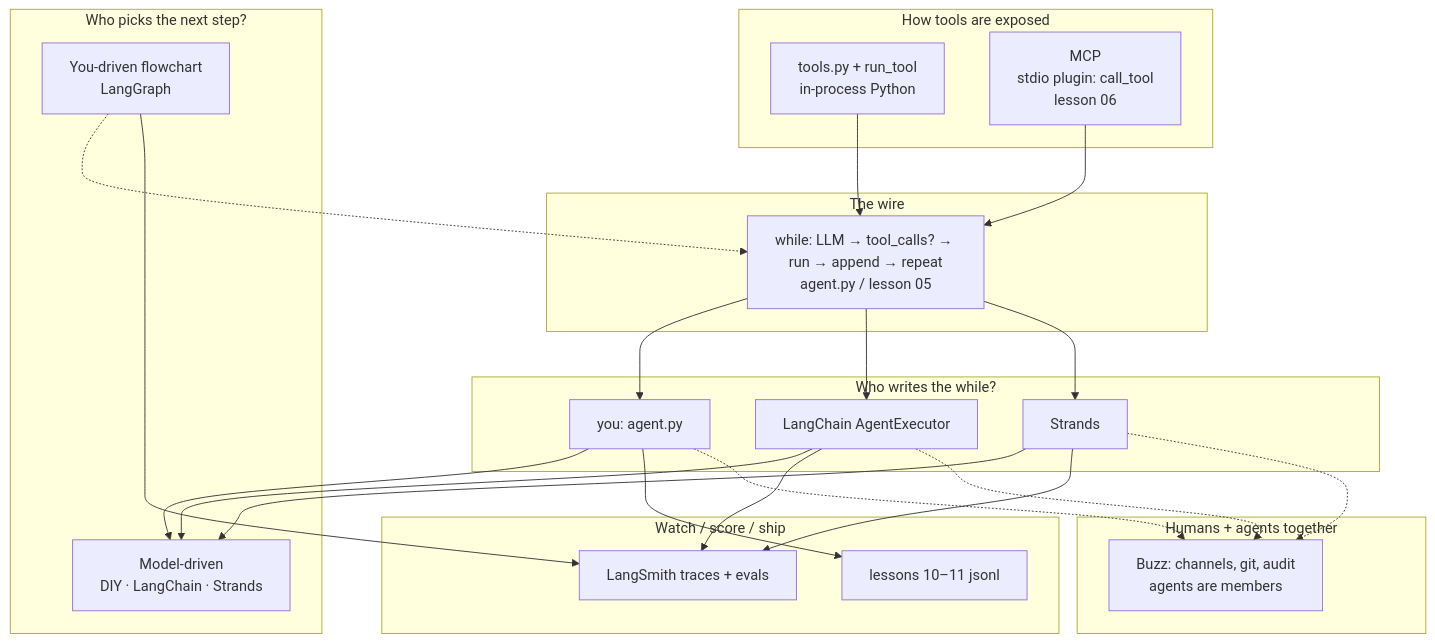
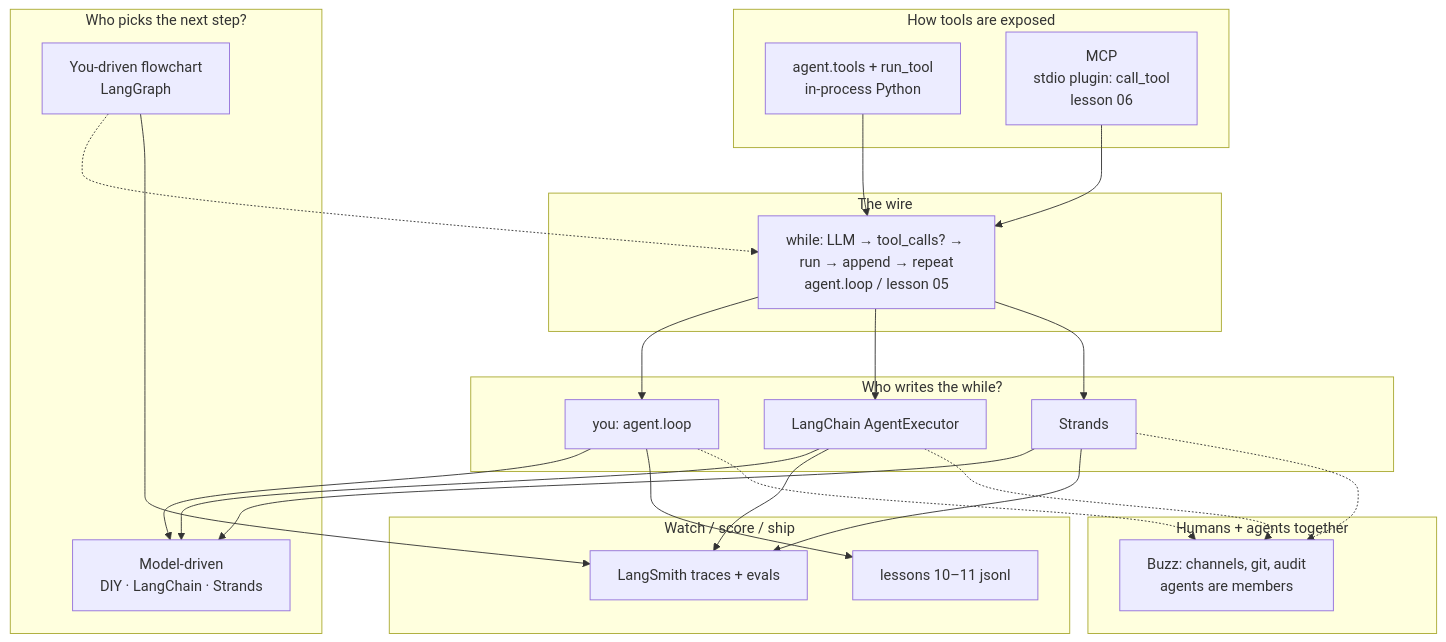
One commit to garvitkhurana/agent-unwrapped changed the diagram in lessons/NOTES.md. Above: the diagram before and after it, drawn with Mermaid. The commit also changed other lines of this file and 22 other files, not shown here.

````diff
--- a/lessons/NOTES.md
+++ b/lessons/NOTES.md
@@ -21,48 +21,48 @@
 ```mermaid
 flowchart TB
   subgraph tools_how["How tools are exposed"]
-    PY["tools.py + run_tool<br/>in-process Python"]
+    PY["agent.tools + run_tool<br/>in-process Python"]
     MCP["MCP<br/>stdio plugin: call_tool<br/>lesson 06"]
   end
 
   subgraph wire["The wire"]
-    LOOP["while: LLM → tool_calls? → run → append → repeat<br/>agent.py / lesson 05"]
+    LOOP["while: LLM → tool_calls? → run → append → repeat<br/>agent.loop / lesson 05"]
   end
 
   subgraph who_loop["Who writes the while?"]
-    DIY["you: agent.py"]
+    DIY["you: agent.loop"]
     LC["LangChain AgentExecutor"]
     ST["Strands"]
   end
 
   subgraph who_next["Who picks the next step?"]
     MODEL["Model-driven<br/>DIY · LangChain · Strands"]
     GRAPH["You-driven flowchart<br/>LangGraph"]
   end
 
   subgraph ops["Watch / score / ship"]
     EVAL["lessons 10–11 jsonl"]
     LS["LangSmith traces + evals"]
   end
 
   subgraph room["Humans + agents together"]
     BUZZ["Buzz: channels, git, audit<br/>agents are members"]
   end
 
   PY --> LOOP
   MCP --> LOOP
   LOOP --> DIY
   LOOP --> LC
   LOOP --> ST
   DIY --> MODEL
   LC --> MODEL
   ST --> MODEL
   GRAPH -.-> LOOP
   DIY --> EVAL
   LC --> LS
   GRAPH --> LS
   ST --> LS
   DIY -.-> BUZZ
   LC -.-> BUZZ
   ST -.-> BUZZ
 ```
````
